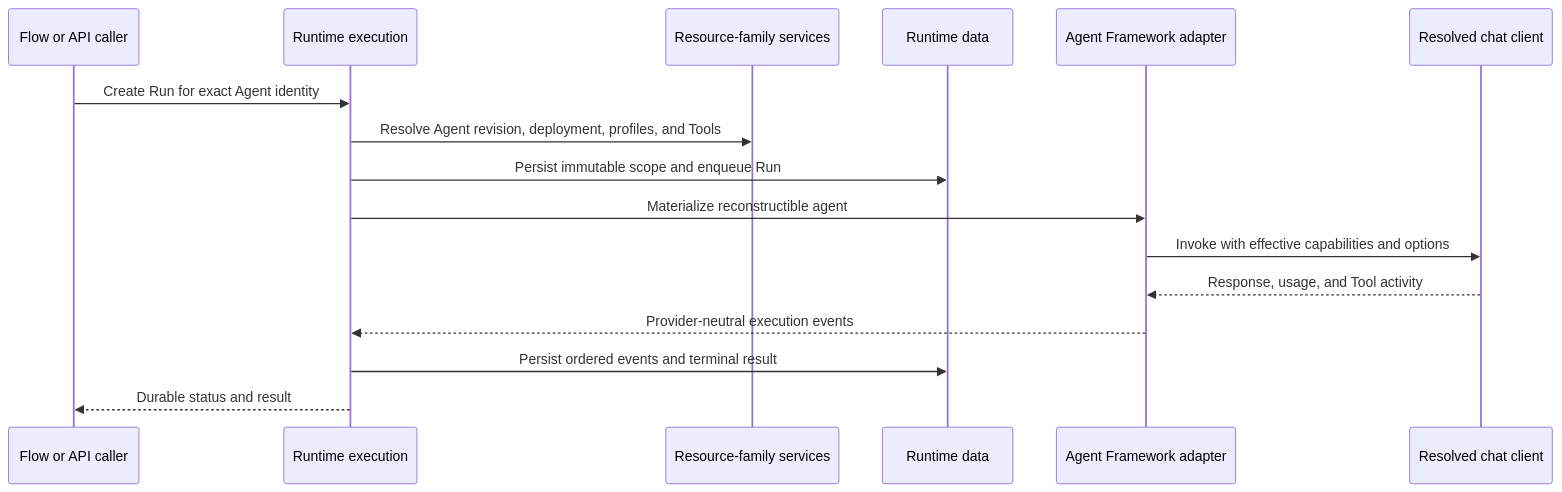
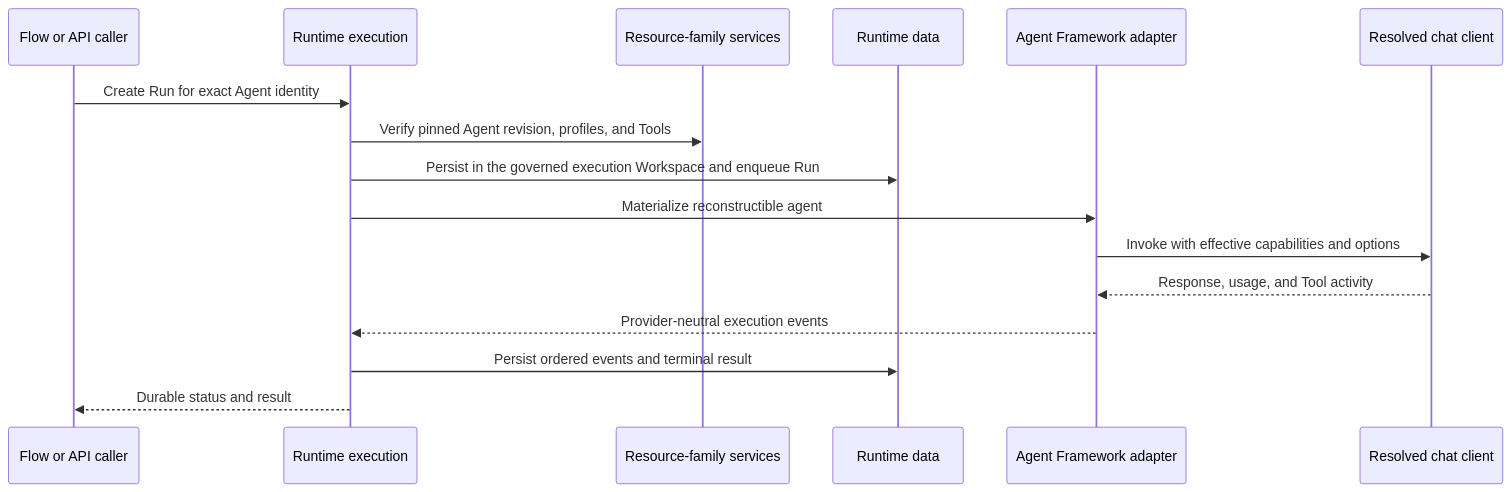
The third of 6 diagrams in docs/architecture/runtime/dynamic-views.md (gbaudrit/agentstration), drawn with Mermaid before and after one commit. The commit also changed other lines of this file and 8 other files, not shown here.

Commit message:
docs(architecture): reconcile hierarchical resource access

````diff
--- a/docs/architecture/runtime/dynamic-views.md
+++ b/docs/architecture/runtime/dynamic-views.md
@@ -74,18 +77,18 @@
 ```mermaid
 sequenceDiagram
     participant Caller as Flow or API caller
     participant Runtime as Runtime execution
     participant Resources as Resource-family services
     participant RuntimeData as Runtime data
     participant Adapter as Agent Framework adapter
     participant Model as Resolved chat client
     Caller->>Runtime: Create Run for exact Agent identity
-    Runtime->>Resources: Resolve Agent revision, deployment, profiles, and Tools
-    Runtime->>RuntimeData: Persist immutable scope and enqueue Run
+    Runtime->>Resources: Verify pinned Agent revision, profiles, and Tools
+    Runtime->>RuntimeData: Persist in the governed execution Workspace and enqueue Run
     Runtime->>Adapter: Materialize reconstructible agent
     Adapter->>Model: Invoke with effective capabilities and options
     Model-->>Adapter: Response, usage, and Tool activity
     Adapter-->>Runtime: Provider-neutral execution events
     Runtime->>RuntimeData: Persist ordered events and terminal result
     Runtime-->>Caller: Durable status and result
 ```
````
